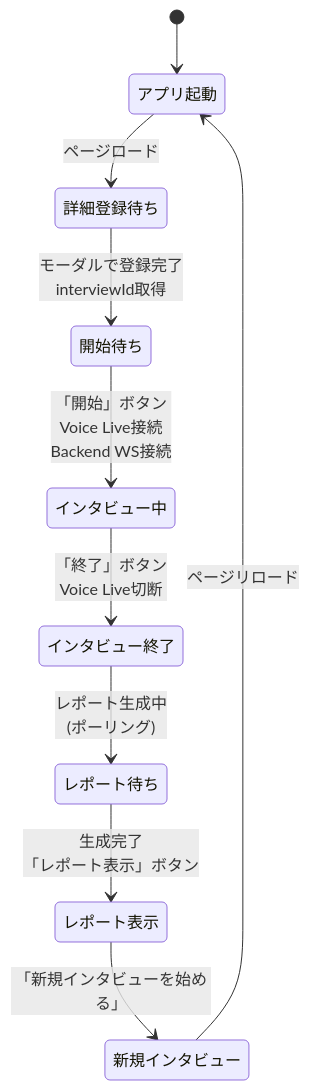
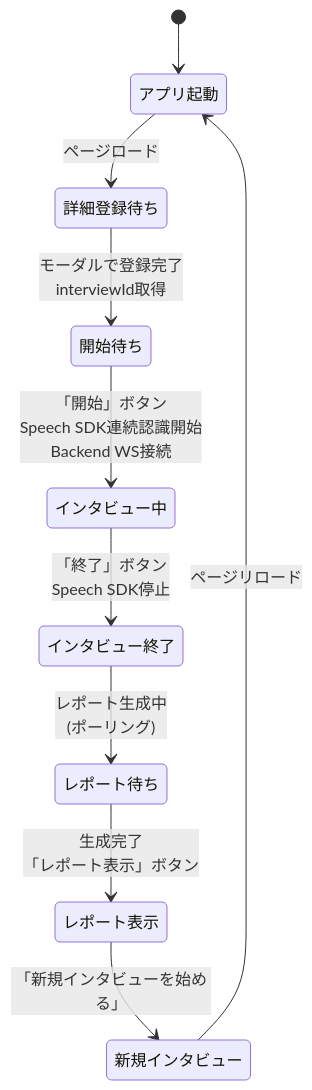
The fourth of 22 diagrams in spec/architecture.md (hatasaki/Interview-Assistant-AI), drawn with Mermaid before and after one commit. The commit also changed other lines of this file and 12 other files, not shown here.

Commit message:
Refactor architecture to integrate Azure Speech SDK for transcription

````diff
--- a/spec/architecture.md
+++ b/spec/architecture.md
@@ -243,12 +238,12 @@
 ```mermaid
 stateDiagram-v2
     [*] --> アプリ起動
     アプリ起動 --> 詳細登録待ち: ページロード
     詳細登録待ち --> 開始待ち: モーダルで登録完了<br/>interviewId取得
-    開始待ち --> インタビュー中: 「開始」ボタン<br/>Voice Live接続<br/>Backend WS接続
-    インタビュー中 --> インタビュー終了: 「終了」ボタン<br/>Voice Live切断
+    開始待ち --> インタビュー中: 「開始」ボタン<br/>Speech SDK連続認識開始<br/>Backend WS接続
+    インタビュー中 --> インタビュー終了: 「終了」ボタン<br/>Speech SDK停止
     インタビュー終了 --> レポート待ち: レポート生成中<br/>(ポーリング)
     レポート待ち --> レポート表示: 生成完了<br/>「レポート表示」ボタン
     レポート表示 --> 新規インタビュー: 「新規インタビューを始める」
     新規インタビュー --> アプリ起動: ページリロード
 ```
````
